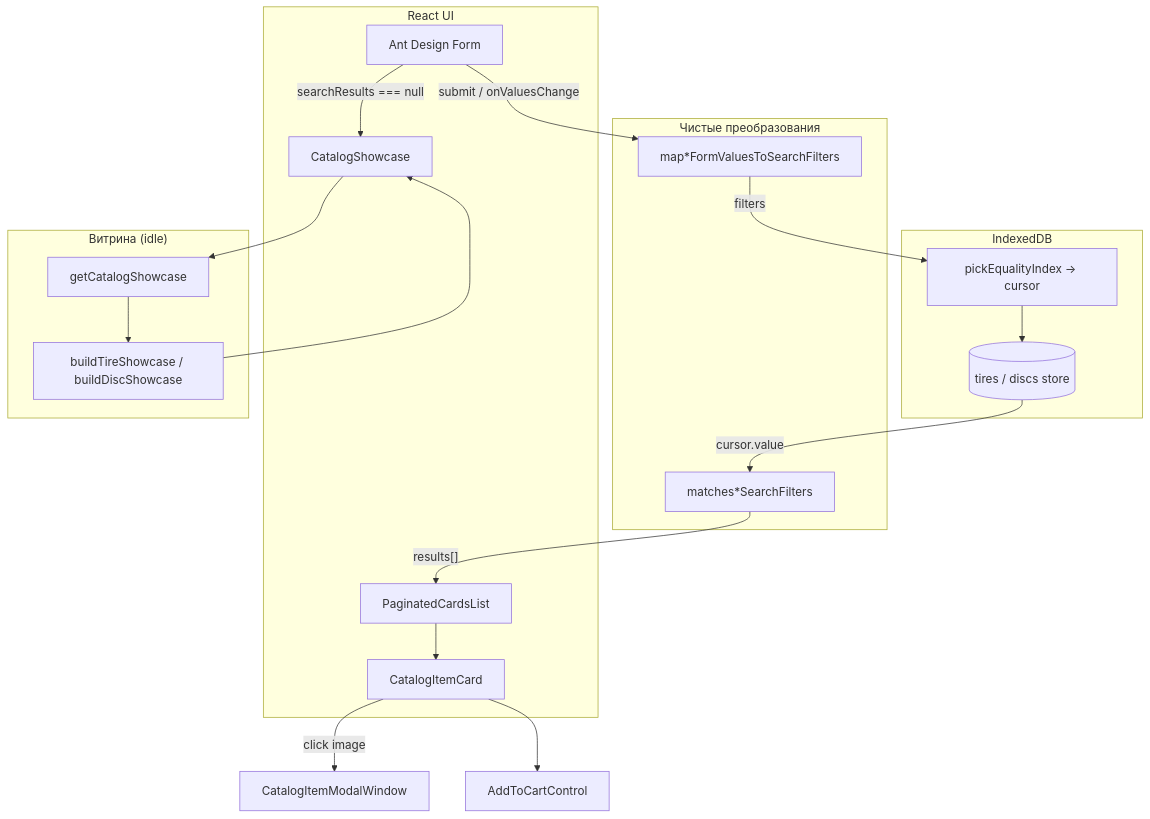
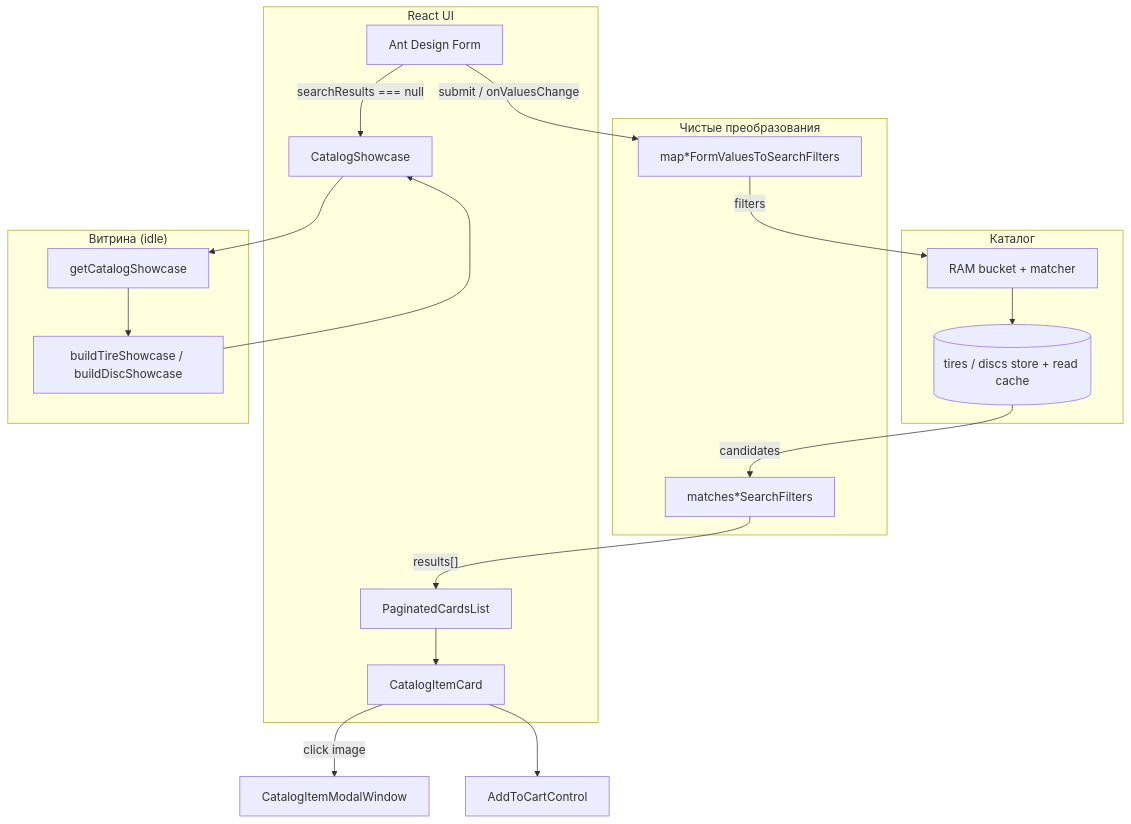
Before and after one commit to iscander-b10/tyres_discs: the first of 3 diagrams in docs/08-search-showcase/end-to-end-flow.md, drawn with Mermaid. The commit also changed other lines of this file and 25 other files, not shown here.

Commit message:
Speed up catalog search by reading RAM cache instead of scanning IndexedDB on every filter change.

````diff
--- a/docs/08-search-showcase/end-to-end-flow.md
+++ b/docs/08-search-showcase/end-to-end-flow.md
@@ -20,37 +20,37 @@
 ```mermaid
 flowchart TB
   subgraph UI["React UI"]
     Form["Ant Design Form"]
     Showcase["CatalogShowcase"]
     List["PaginatedCardsList"]
     Card["CatalogItemCard"]
   end
 
   subgraph Pure["Чистые преобразования"]
     MapForm["map*FormValuesToSearchFilters"]
     Match["matches*SearchFilters"]
   end
 
-  subgraph IDB["IndexedDB"]
-    Cursor["pickEqualityIndex → cursor"]
-    Store[("tires / discs store")]
+  subgraph IDB["Каталог"]
+    Cursor["RAM bucket + matcher"]
+    Store[("tires / discs store + read cache")]
   end
 
   subgraph ShowcaseLayer["Витрина (idle)"]
     GetShowcase["getCatalogShowcase"]
     Build["buildTireShowcase / buildDiscShowcase"]
   end
 
   Form -->|"submit / onValuesChange"| MapForm
   MapForm -->|"filters"| Cursor
   Cursor --> Store
-  Store -->|"cursor.value"| Match
+  Store -->|"candidates"| Match
   Match -->|"results[]"| List
   List --> Card
   Form -->|"searchResults === null"| Showcase
   Showcase --> GetShowcase
   GetShowcase --> Build
   Build --> Showcase
   Card -->|"click image"| Modal["CatalogItemModalWindow"]
   Card --> Cart["AddToCartControl"]
 ```
````
